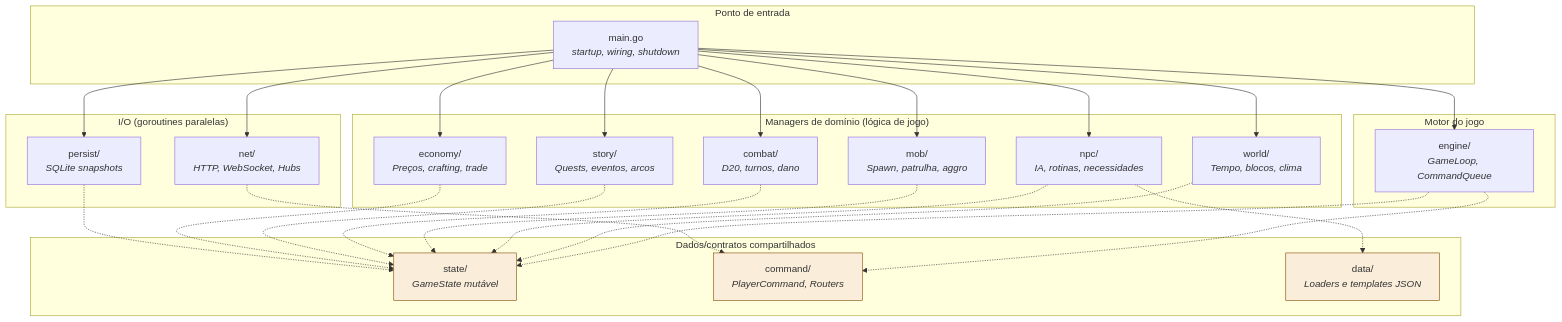
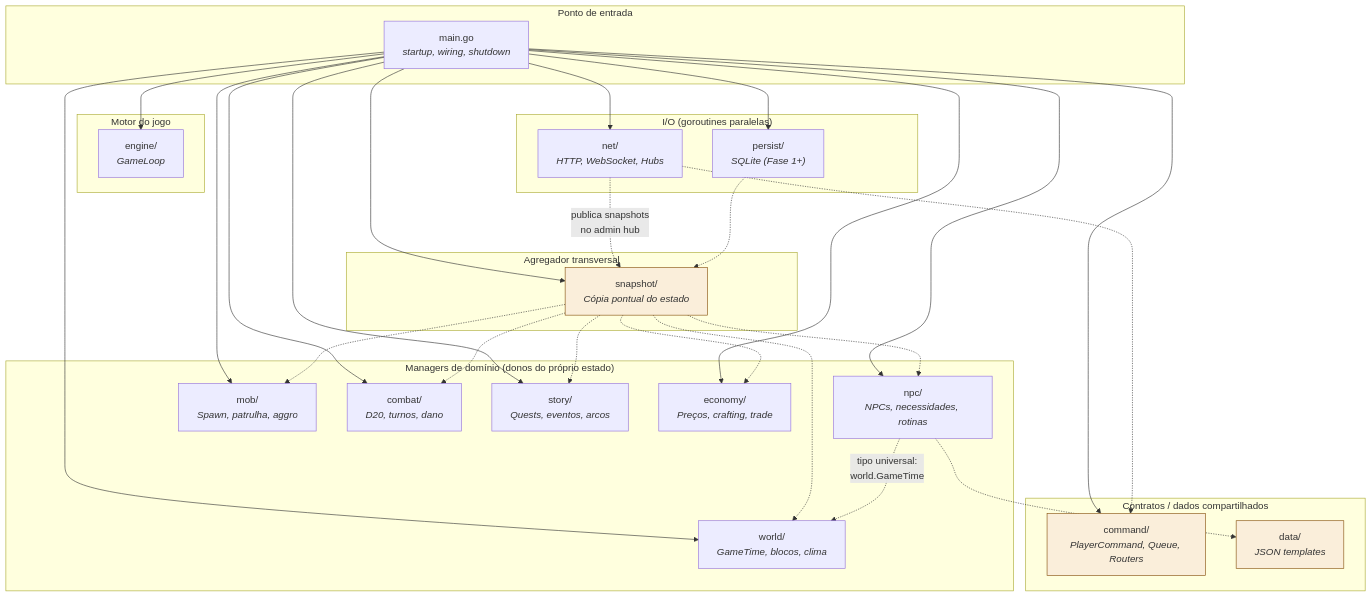
One commit to sidinei-silva/eras-do-brasil-game changed the diagram in docs/architecture/01-package-map.md. Above: the diagram before and after it, drawn with Mermaid. The commit also changed other lines of this file and 2 other files, not shown here.

Commit message:
feat: atualizar ADR-007 para refletir a nova estrutura de pacotes e gerenciamento de estado

````diff
--- a/docs/architecture/01-package-map.md
+++ b/docs/architecture/01-package-map.md
@@ -8,56 +8,63 @@
 ```mermaid
 graph TD
     subgraph "Ponto de entrada"
         MAIN["main.go<br/><i>startup, wiring, shutdown</i>"]
     end
 
     subgraph "Motor do jogo"
-        ENGINE["engine/<br/><i>GameLoop, CommandQueue</i>"]
+        ENGINE["engine/<br/><i>GameLoop</i>"]
     end
 
-    subgraph "Managers de domínio (lógica de jogo)"
-        WORLD["world/<br/><i>Tempo, blocos, clima</i>"]
-        NPC["npc/<br/><i>IA, rotinas, necessidades</i>"]
+    subgraph "Managers de domínio (donos do próprio estado)"
+        WORLD["world/<br/><i>GameTime, blocos, clima</i>"]
+        NPC["npc/<br/><i>NPCs, necessidades, rotinas</i>"]
         MOB["mob/<br/><i>Spawn, patrulha, aggro</i>"]
         COMBAT["combat/<br/><i>D20, turnos, dano</i>"]
         STORY["story/<br/><i>Quests, eventos, arcos</i>"]
         ECONOMY["economy/<br/><i>Preços, crafting, trade</i>"]
     end
 
+    subgraph "Agregador transversal"
+        SNAPSHOT["snapshot/<br/><i>Cópia pontual do estado</i>"]
+    end
+
     subgraph "I/O (goroutines paralelas)"
         NET["net/<br/><i>HTTP, WebSocket, Hubs</i>"]
-        PERSIST["persist/<br/><i>SQLite snapshots</i>"]
+        PERSIST["persist/<br/><i>SQLite (Fase 1+)</i>"]
     end
 
-    subgraph "Dados/contratos compartilhados"
-        STATE["state/<br/><i>GameState mutável</i>"]
-        COMMAND["command/<br/><i>PlayerCommand, Routers</i>"]
-        DATA["data/<br/><i>Loaders e templates JSON</i>"]
+    subgraph "Contratos / dados compartilhados"
+        COMMAND["command/<br/><i>PlayerCommand, Queue, Routers</i>"]
+        DATA["data/<br/><i>JSON templates</i>"]
     end
 
     MAIN --> ENGINE
     MAIN --> WORLD
     MAIN --> NPC
     MAIN --> MOB
     MAIN --> COMBAT
     MAIN --> STORY
     MAIN --> ECONOMY
+    MAIN --> SNAPSHOT
     MAIN --> NET
     MAIN --> PERSIST
+    MAIN --> COMMAND
 
-    ENGINE -.-> STATE
-    ENGINE -.-> COMMAND
-    WORLD -.-> STATE
-    NPC -.-> STATE
+    SNAPSHOT -.-> WORLD
+    SNAPSHOT -.-> NPC
+    SNAPSHOT -.-> MOB
+    SNAPSHOT -.-> COMBAT
+    SNAPSHOT -.-> STORY
+    SNAPSHOT -.-> ECONOMY
+
+    NPC -.->|"tipo universal:<br/>world.GameTime"| WORLD
     NPC -.-> DATA
-    MOB -.-> STATE
-    COMBAT -.-> STATE
-    STORY -.-> STATE
-    ECONOMY -.-> STATE
+
     NET -.-> COMMAND
-    PERSIST -.-> STATE
+    NET -.->|"publica snapshots<br/>no admin hub"| SNAPSHOT
+    PERSIST -.-> SNAPSHOT
 
-    style STATE fill:#FAEEDA,stroke:#854F0B
+    style SNAPSHOT fill:#FAEEDA,stroke:#854F0B
     style COMMAND fill:#FAEEDA,stroke:#854F0B
     style DATA fill:#FAEEDA,stroke:#854F0B
 ```
````
